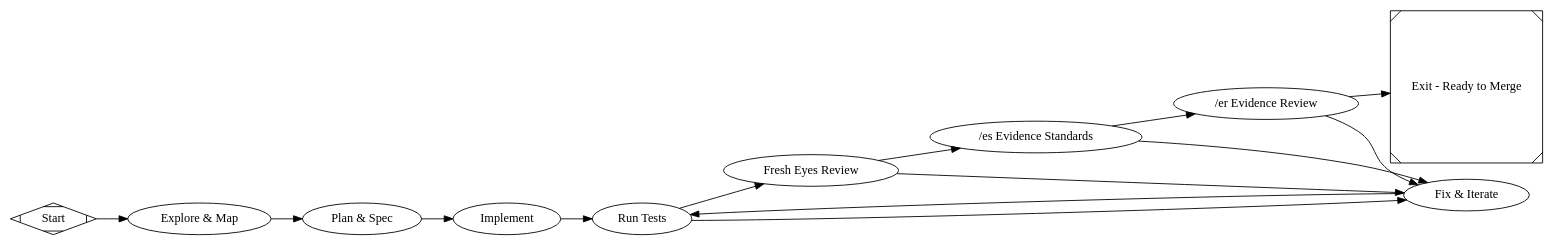
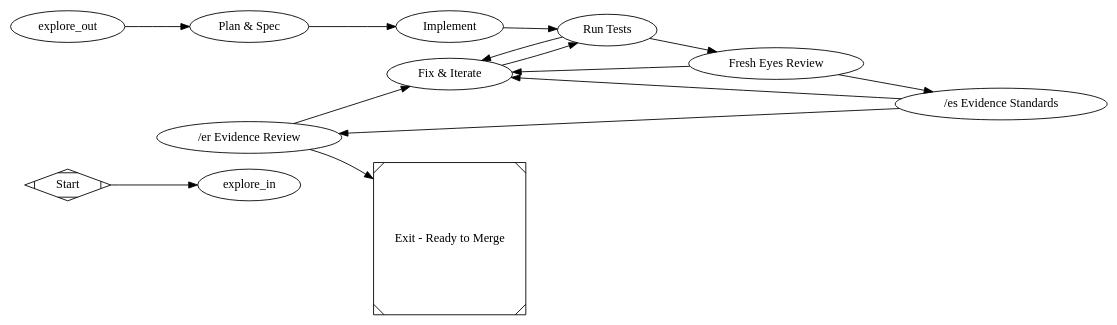
One commit to jleechanorg/dark-factory changed the diagram in pipelines/slim/minimal_pr.dot. Above: the diagram before and after it, drawn with Graphviz. The commit also changed 26 other files, not shown here.

```diff
--- a/pipelines/slim/minimal_pr.dot
+++ b/pipelines/slim/minimal_pr.dot
@@ -1,90 +1,87 @@
 digraph MinimalPRFactory {
   graph [
+    include="@pipelines/_base.dot",
     goal="Iterate on an in-flight PR: passes tests, review, and evidence gates"
     rankdir=LR
     model_stylesheet="minimal_feature.model.css"
   ]
 
   start [shape=Mdiamond, label="Start"]
   exit  [shape=Msquare, label="Exit - Ready to Merge"]
 
-  explore [
-    type="codergen",
-    label="Explore & Map",
-    class="explore",
-    prompt="@prompts/slim/explore.md"
-  ]
+  // _base.dot provides: explore_in, explore_fanout, explore_{concept,auth,
+  // reuse,risks}, explore_join, explore_out.
 
   plan [
     type="codergen",
     label="Plan & Spec",
     class="plan",
     prompt="@prompts/slim/plan.md"
   ]
 
   implement [
     type="codergen",
     label="Implement",
     class="implement",
     prompt="@prompts/slim/implement.md",
     max_retries=2
   ]
 
   test [
     type="tool",
     label="Run Tests",
     command="${state.slim.test_command}",
     validation=true,
     goal_gate=true,
     timeout=600,
     retry_target="fix"
   ]
 
   review [
     type="codergen",
     label="Fresh Eyes Review",
     class="review",
     prompt="@prompts/slim/review.md",
     goal_gate=true,
     retry_target="fix"
   ]
 
   gate_es [
     type="gate_es",
     label="/es Evidence Standards",
     timeout=600
   ]
 
   gate_er [
     type="gate_er",
     label="/er Evidence Review",
     timeout=600
   ]
 
   fix [
     type="codergen",
     label="Fix & Iterate",
     class="fix",
     prompt="@prompts/slim/fix.md",
     max_retries=2
   ]
 
-  start -> explore
-  explore -> plan
+  start -> explore_in
+  explore_out -> plan
   plan -> implement
   implement -> test
 
   test -> review [condition="outcome=success"]
   test -> fix [condition="outcome!=success"]
 
   review -> gate_es [condition="outcome=success"]
   review -> fix [condition="outcome!=success"]
 
   gate_es -> gate_er [condition="outcome=success"]
   gate_es -> fix [condition="outcome!=success"]
 
   gate_er -> exit [condition="outcome=success"]
   gate_er -> fix [condition="outcome!=success"]
 
   fix -> test
 }
```
